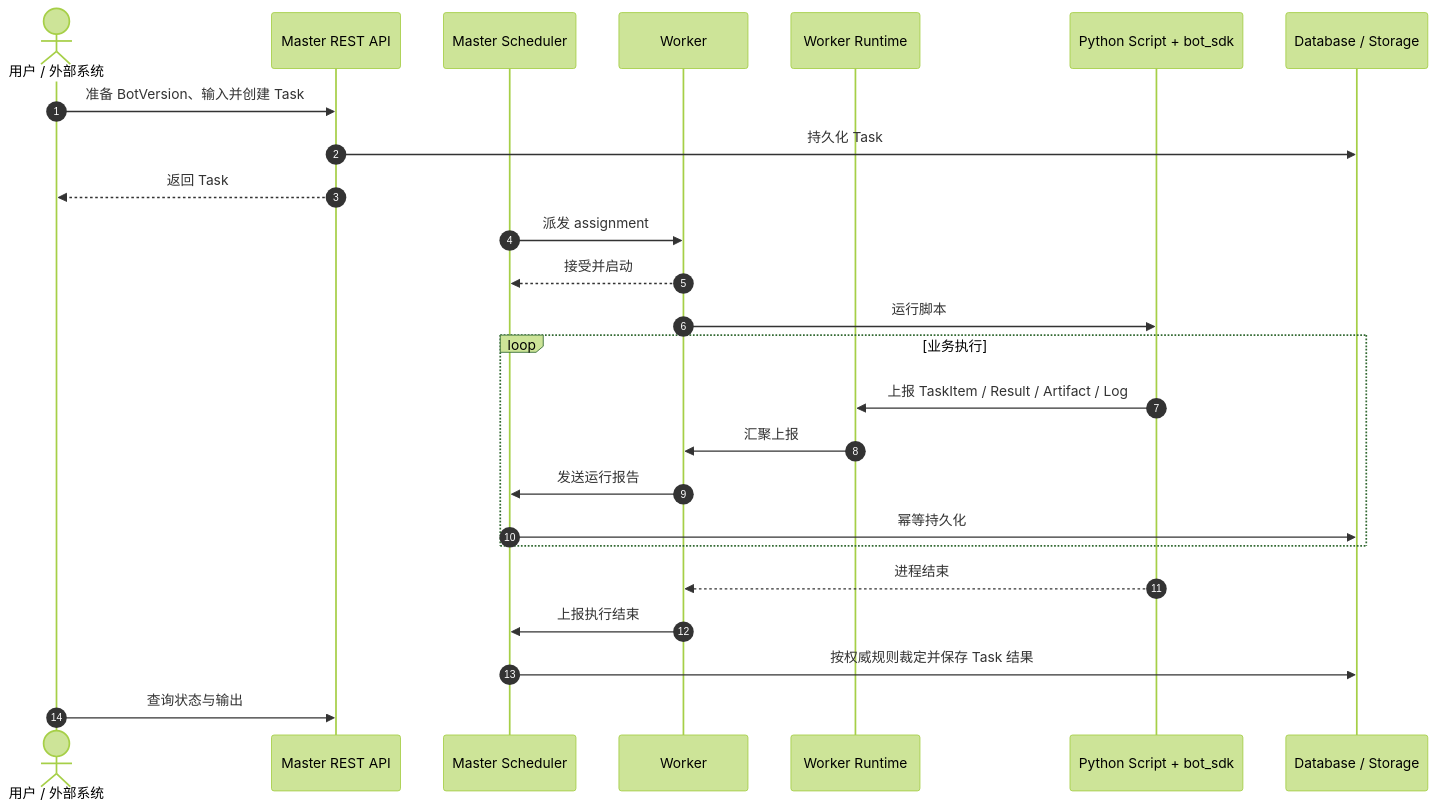
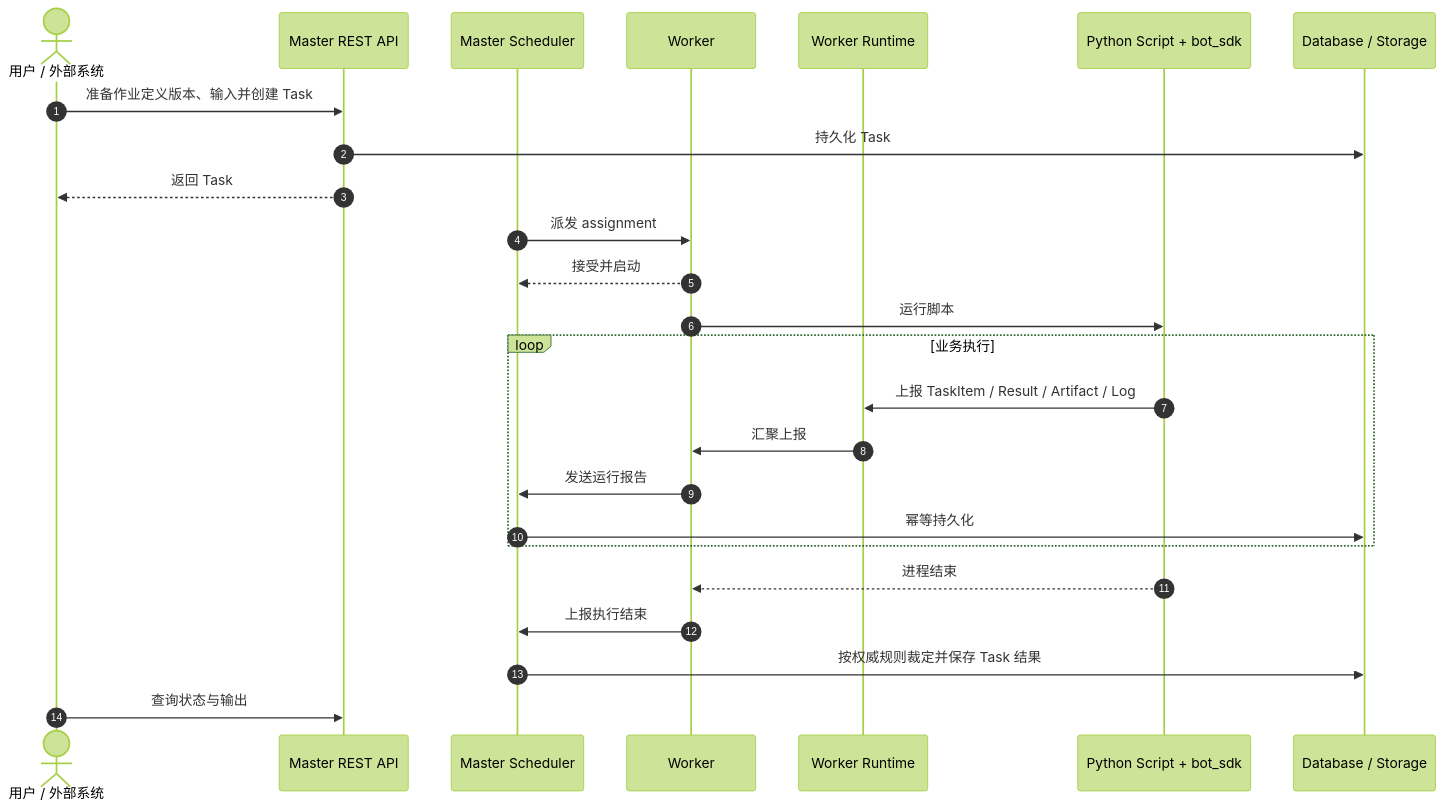
Before and after one commit to ForbiddenR/static-ui: the third of 7 diagrams in docs/流程图与讨论材料.md, drawn with Mermaid (forest theme). The commit also changed other lines of this file and 42 other files, not shown here.

````diff
--- a/docs/流程图与讨论材料.md
+++ b/docs/流程图与讨论材料.md
@@ -87,31 +87,31 @@
 ```mermaid
 sequenceDiagram
     autonumber
     actor Caller as 用户 / 外部系统
     participant API as Master REST API
     participant Scheduler as Master Scheduler
     participant Worker as Worker
     participant Runtime as Worker Runtime
     participant Script as Python Script + bot_sdk
     participant Store as Database / Storage
 
-    Caller->>API: 准备 BotVersion、输入并创建 Task
+    Caller->>API: 准备作业定义版本、输入并创建 Task
     API->>Store: 持久化 Task
     API-->>Caller: 返回 Task
 
     Scheduler->>Worker: 派发 assignment
     Worker-->>Scheduler: 接受并启动
     Worker->>Script: 运行脚本
 
     loop 业务执行
         Script->>Runtime: 上报 TaskItem / Result / Artifact / Log
         Runtime->>Worker: 汇聚上报
         Worker->>Scheduler: 发送运行报告
         Scheduler->>Store: 幂等持久化
     end
 
     Script-->>Worker: 进程结束
     Worker->>Scheduler: 上报执行结束
     Scheduler->>Store: 按权威规则裁定并保存 Task 结果
     Caller->>API: 查询状态与输出
 ```
````
